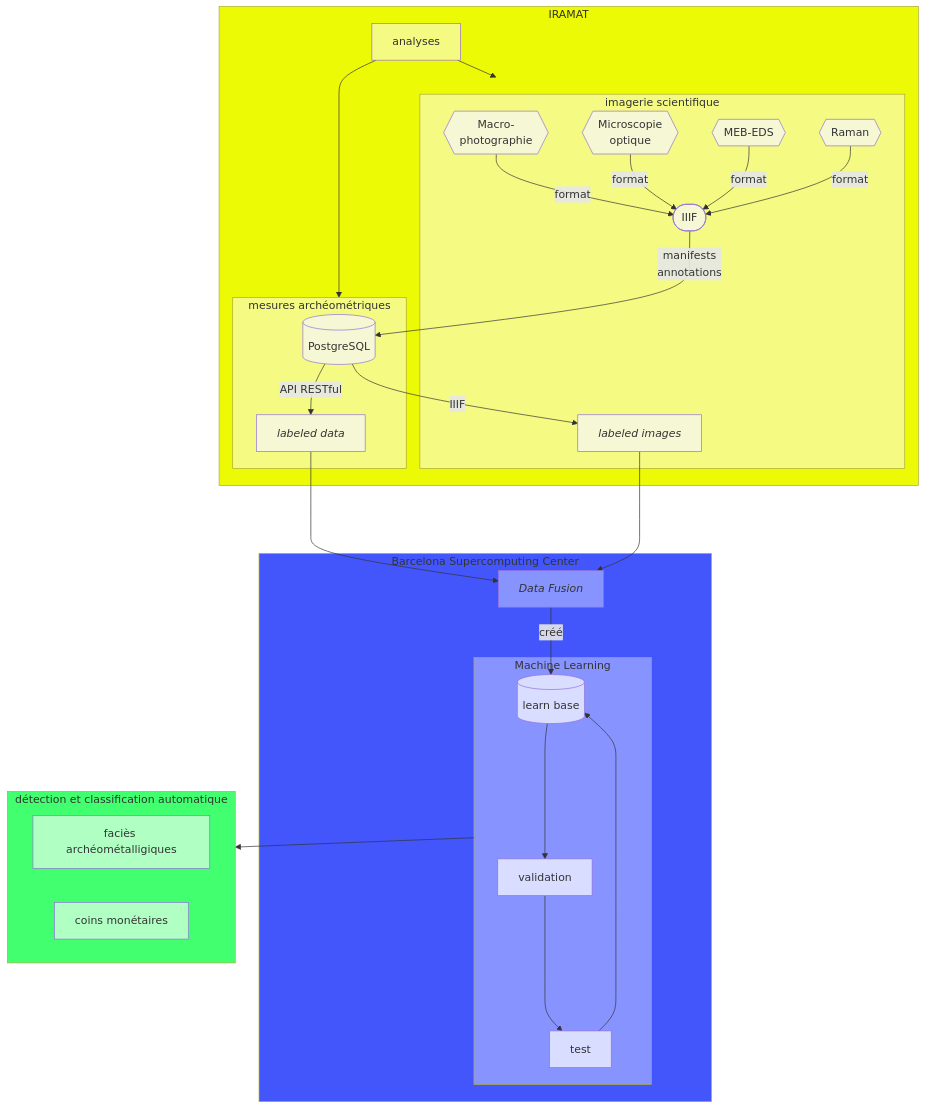
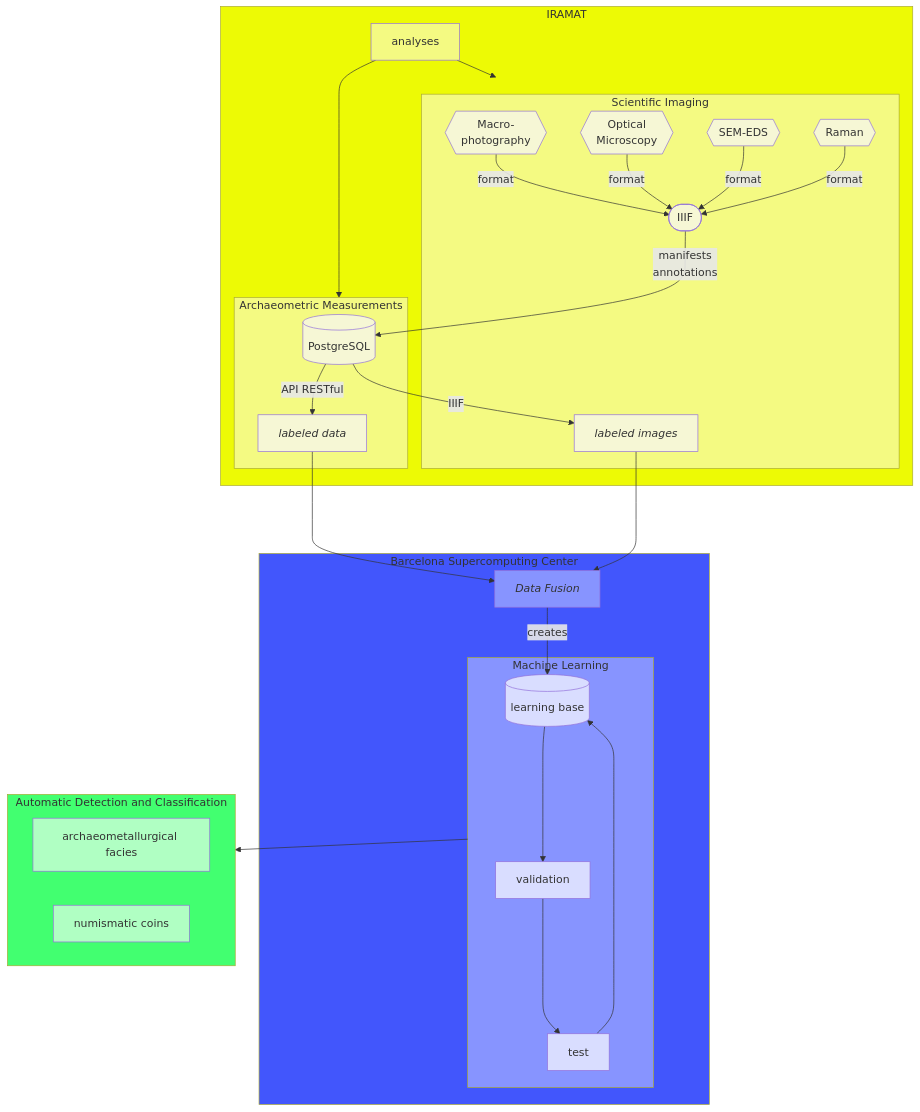
Before and after one commit to iramat/iramat-dev: the diagram in talks/2026-bsc/README.md, drawn with Mermaid.

Commit message:
BSC workflow translated into English

````diff
--- a/talks/2026-bsc/README.md
+++ b/talks/2026-bsc/README.md
@@ -4,61 +4,61 @@
 ```mermaid
 flowchart TD
   subgraph IRAMAT[IRAMAT]
     BD[(PostgreSQL)]
     analyses
     analyses --> IRAMATdata
     analyses --> IRAMATimg
-    subgraph IRAMATdata[mesures archéométriques]
+    subgraph IRAMATdata[Archaeometric Measurements]
         BD -- API RESTful --> APIdata[<em>labeled data</em>]
     end
-    subgraph IRAMATimg[imagerie scientifique]
-        Macro{{Macro-<br>photographie}} -- format --> IIIF([IIIF])
-        Opt{{Microscopie<br>optique}} -- format --> IIIF
-        MEB{{MEB-EDS}} -- format --> IIIF
+    subgraph IRAMATimg[Scientific Imaging]
+        Macro{{Macro-<br>photography}} -- format --> IIIF([IIIF])
+        Opt{{Optical<br>Microscopy}} -- format --> IIIF
+        SEM{{SEM-EDS}} -- format --> IIIF
         Raman{{Raman}} -- format --> IIIF
         IIIF -- manifests<br>annotations --> BD
         BD -- IIIF --> IIIFmanifest[<em>labeled images</em>]
     end
   end
   APIdata ---> PyExtract[<em>Data Fusion</em>]
   IIIFmanifest ---> PyExtract
   subgraph BSC[Barcelona Supercomputing Center]
-    PyExtract -- créé --> MLlearn[(learn base)]
+    PyExtract -- creates --> MLlearn[(learning base)]
     subgraph ML[Machine Learning]
       MLlearn ---> MLvalid[validation]
       MLvalid ---> MLtest[test]
       MLtest --> MLlearn
     end
   end
-    subgraph out[détection et classification automatique]
-      ResMet[faciès archéométalligiques]
-      ResNum[coins monétaires]
+    subgraph out[Automatic Detection and Classification]
+      ResMet[archaeometallurgical facies]
+      ResNum[numismatic coins]
     end
   ML ---> out
 
 style BD fill:#cccccc
 
 style IRAMAT fill:#edfa05
 style analyses fill:#f4fa82
 style IRAMATdata fill:#f4fa82
 style IRAMATimg fill:#f4fa82
 style Macro fill:#f6f7d5
 style Opt fill:#f6f7d5
-style MEB fill:#f6f7d5
+style SEM fill:#f6f7d5
 style Raman fill:#f6f7d5
 style IIIF fill:#f6f7d5
 style IIIFmanifest fill:#f6f7d5
 style BD fill:#f6f7d5
 style APIdata fill:#f6f7d5
 
 style BSC fill:#4256fc
 style PyExtract fill:#8794ff
 style ML fill:#8794ff
 style MLlearn fill:#d9ddff
 style MLvalid fill:#d9ddff
 style MLtest fill:#d9ddff
 
 style out fill:#42ff70
 style ResMet fill:#b0ffc3
 style ResNum fill:#b0ffc3
 ```
````
